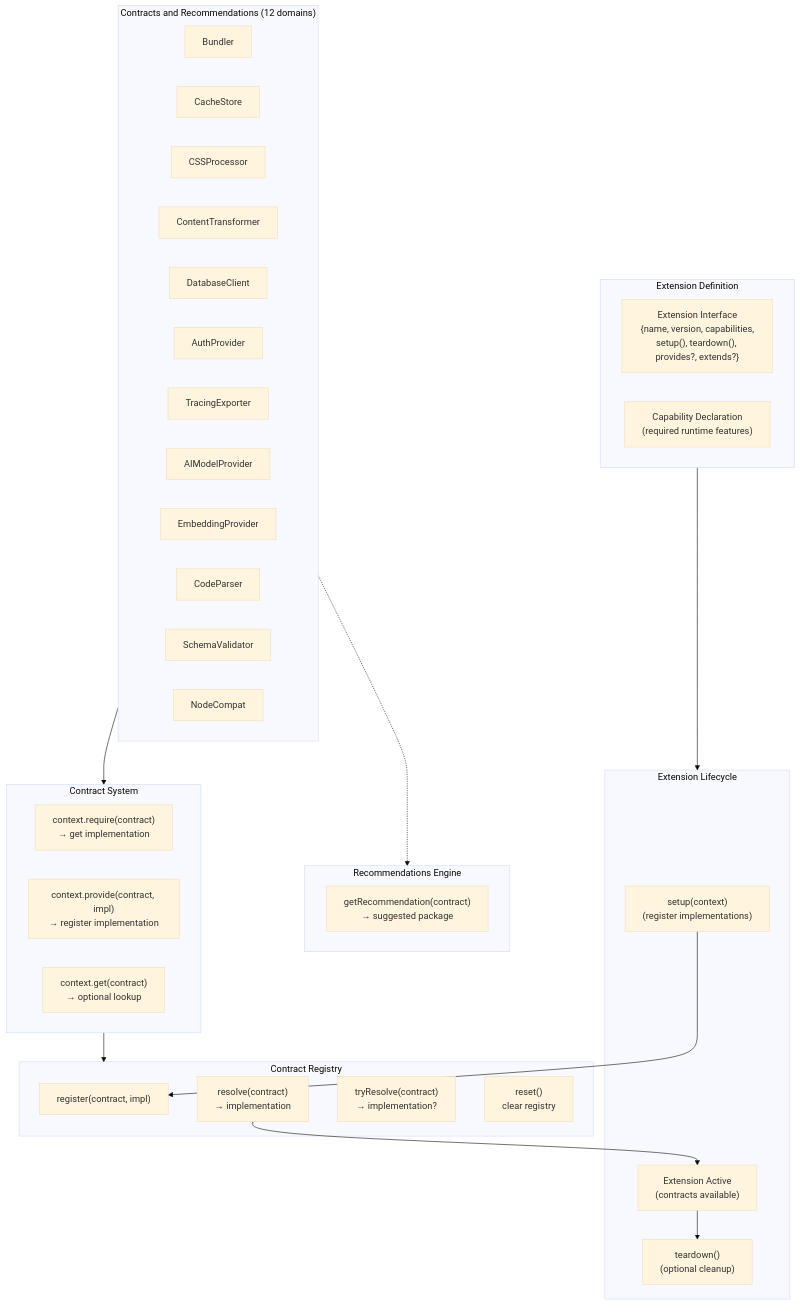
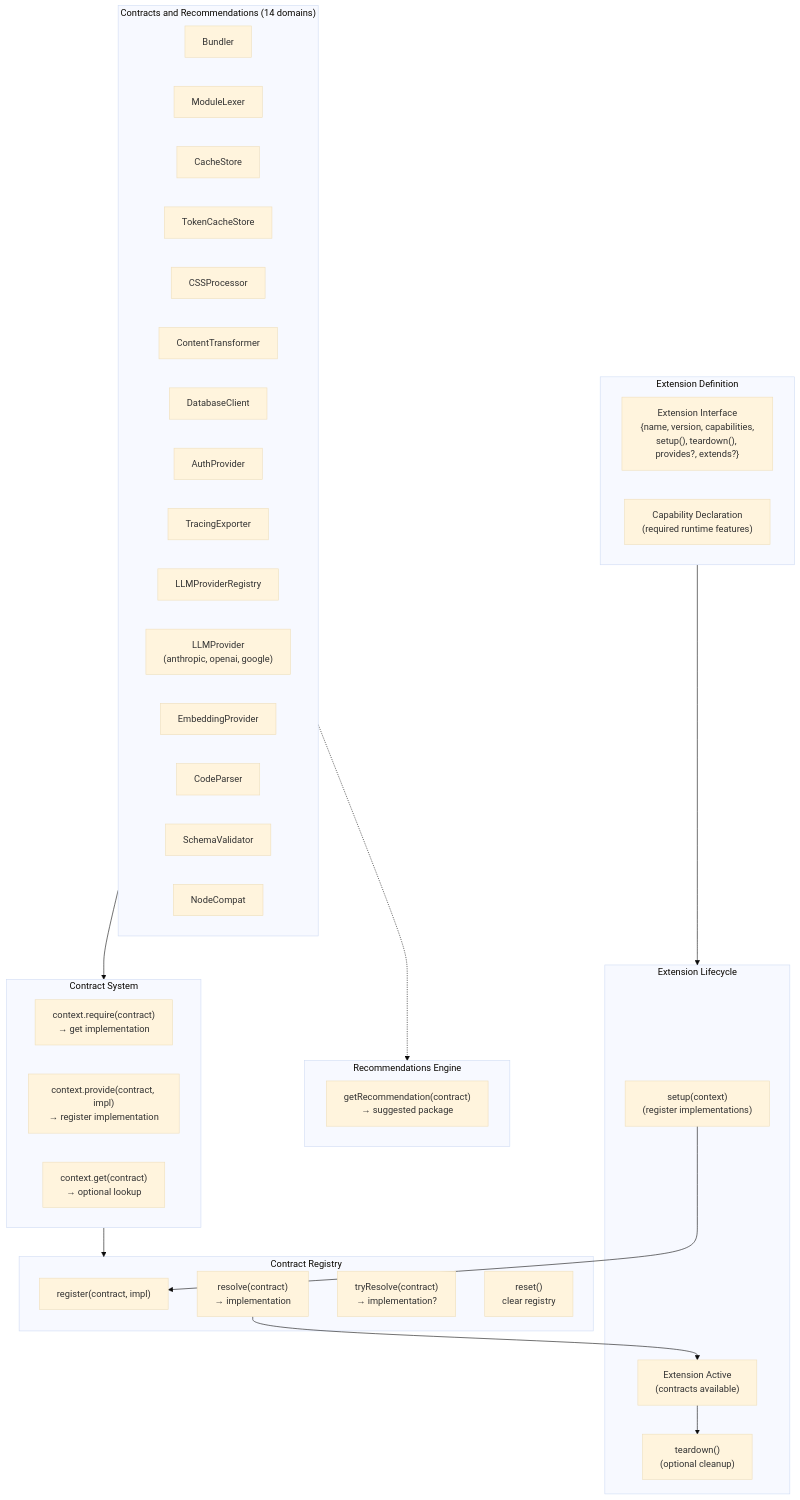
One commit to veryfront/veryfront-code changed the second of 5 diagrams in docs/architecture/06-discovery-extensions.md. Above: the diagram before and after it, drawn with Mermaid (base theme). The commit also changed other lines of this file and 24 other files, not shown here.

First line of the commit message:
docs: update README files to reflect current codebase architecture (#1620)

````diff
--- a/docs/architecture/06-discovery-extensions.md
+++ b/docs/architecture/06-discovery-extensions.md
@@ -94,53 +94,56 @@
 ```mermaid
 graph TB
     subgraph ExtDef["Extension Definition"]
         ExtInterface["Extension Interface<br/>{name, version, capabilities,<br/>setup(), teardown(), provides?, extends?}"]
         Capability["Capability Declaration<br/>(required runtime features)"]
     end
 
-    subgraph Contracts["Contracts and Recommendations (12 domains)"]
+    subgraph Contracts["Contracts and Recommendations (14 domains)"]
         Bundler["Bundler"]
+        ModuleLexer["ModuleLexer"]
         CacheStore["CacheStore"]
+        TokenCacheStore["TokenCacheStore"]
         CSSProcessor["CSSProcessor"]
         ContentTx["ContentTransformer"]
         DatabaseClient["DatabaseClient"]
         AuthProvider["AuthProvider"]
         TracingExporter["TracingExporter"]
-        AIModelProvider["AIModelProvider"]
+        LLMProviderRegistry["LLMProviderRegistry"]
+        LLMProvider["LLMProvider<br/>(anthropic, openai, google)"]
         EmbeddingProvider["EmbeddingProvider"]
         CodeParser["CodeParser"]
         SchemaValidator["SchemaValidator"]
         NodeCompat["NodeCompat"]
     end
 
     subgraph ContractSystem["Contract System"]
         Require["context.require(contract)<br/>→ get implementation"]
         Provide["context.provide(contract, impl)<br/>→ register implementation"]
         Get["context.get(contract)<br/>→ optional lookup"]
     end
 
     subgraph Registry2["Contract Registry"]
         Register["register(contract, impl)"]
         Resolve["resolve(contract)<br/>→ implementation"]
         TryResolve["tryResolve(contract)<br/>→ implementation?"]
         Reset["reset()<br/>clear registry"]
     end
 
     subgraph Lifecycle["Extension Lifecycle"]
         Setup["setup(context)<br/>(register implementations)"]
         Active["Extension Active<br/>(contracts available)"]
         Teardown["teardown()<br/>(optional cleanup)"]
     end
 
     subgraph Recommendations["Recommendations Engine"]
         Recommend["getRecommendation(contract)<br/>→ suggested package"]
     end
 
     Contracts --> ContractSystem
     ContractSystem --> Registry2
     ExtDef --> Lifecycle
     Setup --> Register
     Resolve --> Active
     Active --> Teardown
     Contracts -.-> Recommendations
 ```
````
